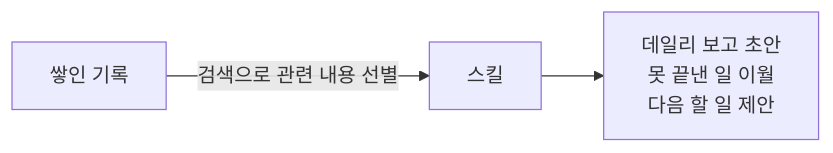
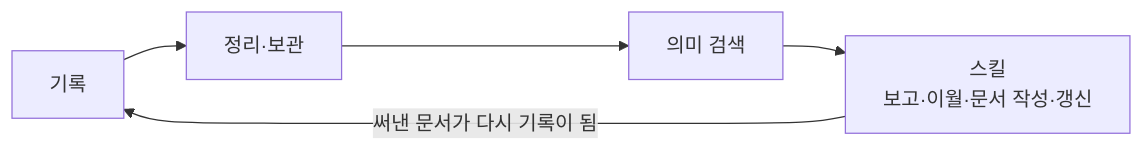
The diagram in README.md (mzd-nrkim/loregist), drawn with Mermaid before and after one commit. The commit also changed other lines of this file, not shown here.

First line of the commit message:
docs(README): 다이어그램 정리 및 보관·보존 문구 정확화

````diff
--- a/README.md
+++ b/README.md
@@ -72,5 +28,6 @@
 ```mermaid
 flowchart LR
-    LOG["쌓인 기록"] -->|"검색으로 관련 내용 선별"| SKILL["스킬"]
-    SKILL --> OUT["데일리 보고 초안<br/>못 끝낸 일 이월<br/>다음 할 일 제안"]
+    REC["기록"] --> ARC["정리·보관"] --> SCH["의미 검색"]
+    SCH --> SKILL["스킬<br/>보고·이월·문서 작성·갱신"]
+    SKILL -->|"써낸 문서가 다시 기록이 됨"| REC
 ```
````
